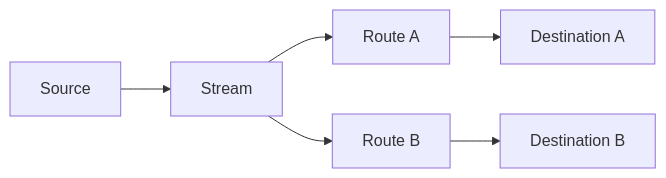
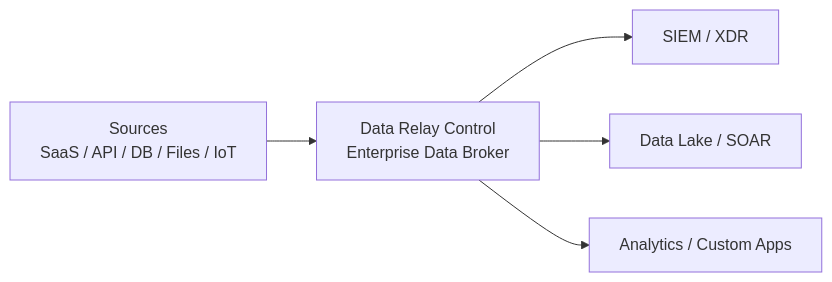
Before and after one commit to datarelay-labs/data-relay-docs: the diagram in ko/index.mdx, drawn with Mermaid. The commit also changed other lines of this file and 12 other files, not shown here.

First line of the commit message:
Correct Data Relay Link and Control positioning

````diff
--- a/ko/index.mdx
+++ b/ko/index.mdx
@@ -91,8 +78,7 @@
 ```mermaid
 flowchart LR
-    S[Source] --> ST[Stream]
-    ST --> R1[Route A]
-    ST --> R2[Route B]
-    R1 --> D1[Destination A]
-    R2 --> D2[Destination B]
+    S[Sources\nSaaS / API / DB / Files / IoT] --> C[Data Relay Control\nEnterprise Data Broker]
+    C --> D1[SIEM / XDR]
+    C --> D2[Data Lake / SOAR]
+    C --> D3[Analytics / Custom Apps]
 ```
````
